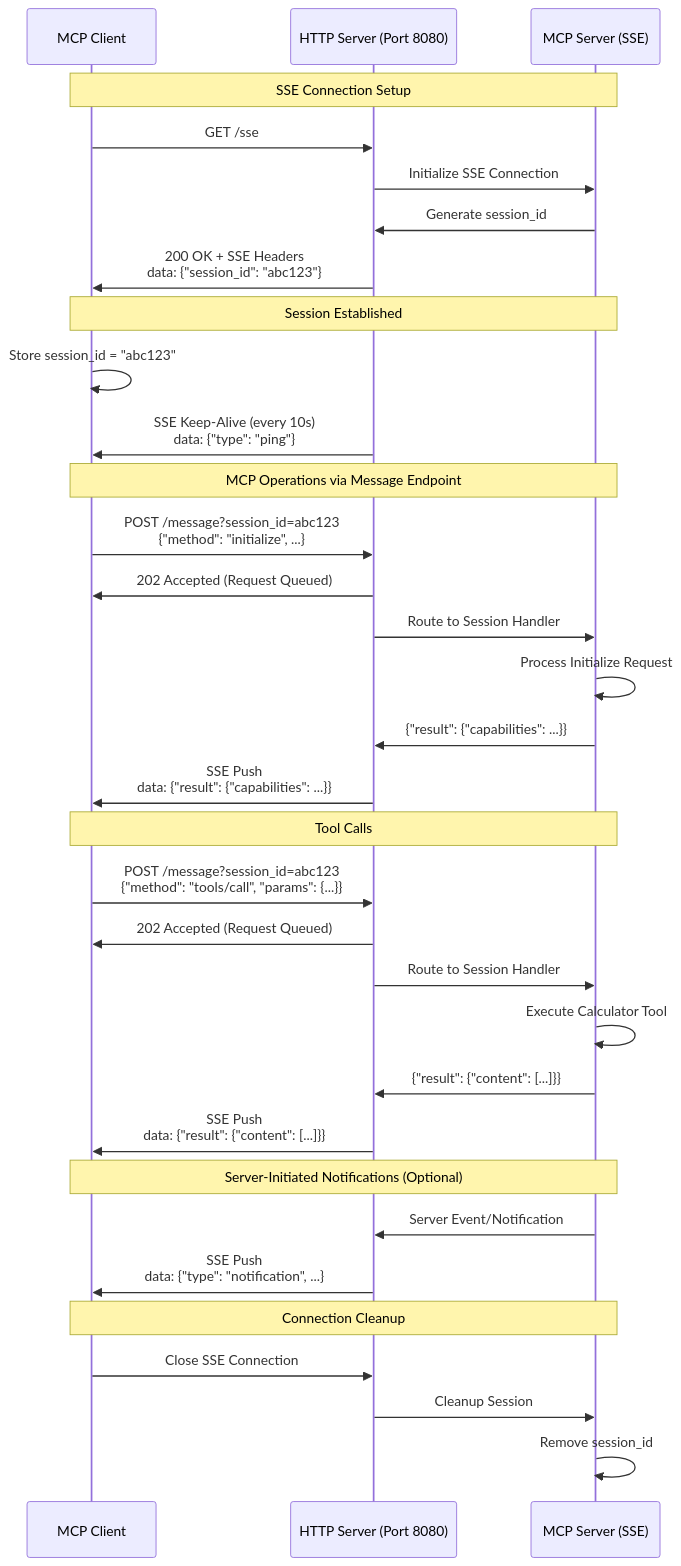
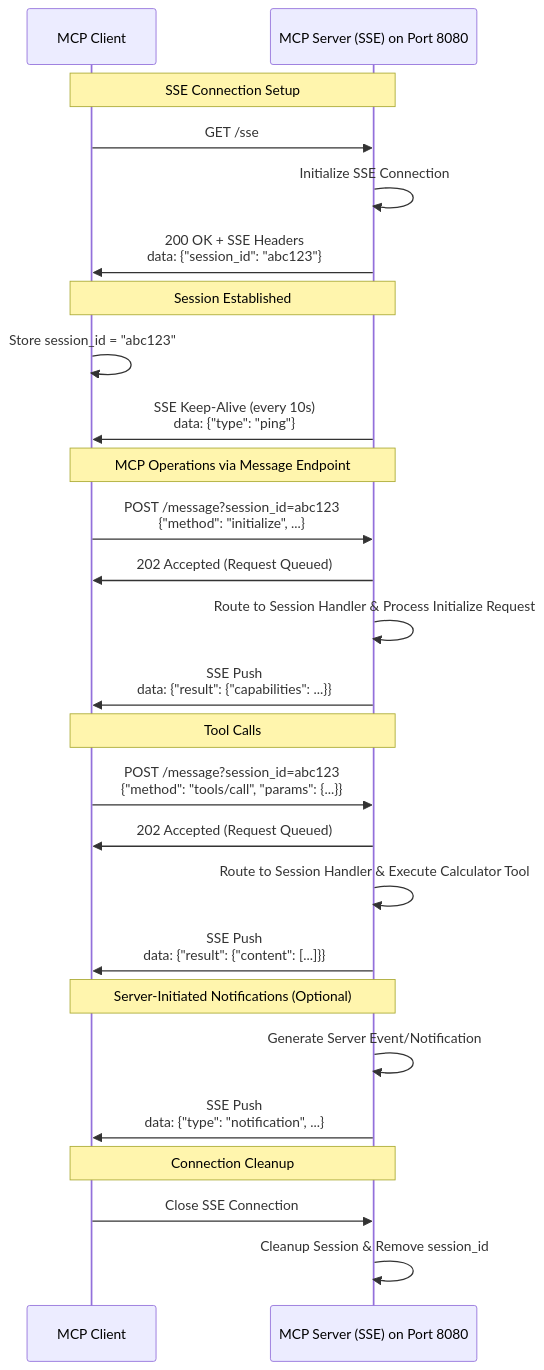
Before and after one commit to ChiragChiranjib/mcp-tutorial: the second of 4 diagrams in ARCHITECTURE.md, drawn with Mermaid. The commit also changed other lines of this file and 4 other files, not shown here.

````diff
--- a/ARCHITECTURE.md
+++ b/ARCHITECTURE.md
@@ -205,41 +59,34 @@
 ```mermaid
 sequenceDiagram
     participant C as MCP Client
-    participant H as HTTP Server (Port 8080)
-    participant S as MCP Server (SSE)
+    participant S as MCP Server (SSE) on Port 8080
     
     Note over C,S: SSE Connection Setup
-    C->>H: GET /sse
-    H->>S: Initialize SSE Connection
-    S->>H: Generate session_id
-    H->>C: 200 OK + SSE Headers<br/>data: {"session_id": "abc123"}
+    C->>S: GET /sse
+    S->>S: Initialize SSE Connection
+    S->>C: 200 OK + SSE Headers<br/>data: {"session_id": "abc123"}
     
     Note over C,S: Session Established
     C->>C: Store session_id = "abc123"
-    H->>C: SSE Keep-Alive (every 10s)<br/>data: {"type": "ping"}
+    S->>C: SSE Keep-Alive (every 10s)<br/>data: {"type": "ping"}
     
     Note over C,S: MCP Operations via Message Endpoint
-    C->>H: POST /message?session_id=abc123<br/>{"method": "initialize", ...}
-    H->>C: 202 Accepted (Request Queued)
-    H->>S: Route to Session Handler
-    S->>S: Process Initialize Request
-    S->>H: {"result": {"capabilities": ...}}
-    H->>C: SSE Push<br/>data: {"result": {"capabilities": ...}}
+    C->>S: POST /message?session_id=abc123<br/>{"method": "initialize", ...}
+    S->>C: 202 Accepted (Request Queued)
+    S->>S: Route to Session Handler & Process Initialize Request
+    S->>C: SSE Push<br/>data: {"result": {"capabilities": ...}}
     
     Note over C,S: Tool Calls
-    C->>H: POST /message?session_id=abc123<br/>{"method": "tools/call", "params": {...}}
-    H->>C: 202 Accepted (Request Queued)
-    H->>S: Route to Session Handler
-    S->>S: Execute Calculator Tool
-    S->>H: {"result": {"content": [...]}}
-    H->>C: SSE Push<br/>data: {"result": {"content": [...]}}
+    C->>S: POST /message?session_id=abc123<br/>{"method": "tools/call", "params": {...}}
+    S->>C: 202 Accepted (Request Queued)
+    S->>S: Route to Session Handler & Execute Calculator Tool
+    S->>C: SSE Push<br/>data: {"result": {"content": [...]}}
     
     Note over C,S: Server-Initiated Notifications (Optional)
-    S->>H: Server Event/Notification
-    H->>C: SSE Push<br/>data: {"type": "notification", ...}
+    S->>S: Generate Server Event/Notification
+    S->>C: SSE Push<br/>data: {"type": "notification", ...}
     
     Note over C,S: Connection Cleanup
-    C->>H: Close SSE Connection
-    H->>S: Cleanup Session
-    S->>S: Remove session_id
+    C->>S: Close SSE Connection
+    S->>S: Cleanup Session & Remove session_id
 ```
````
